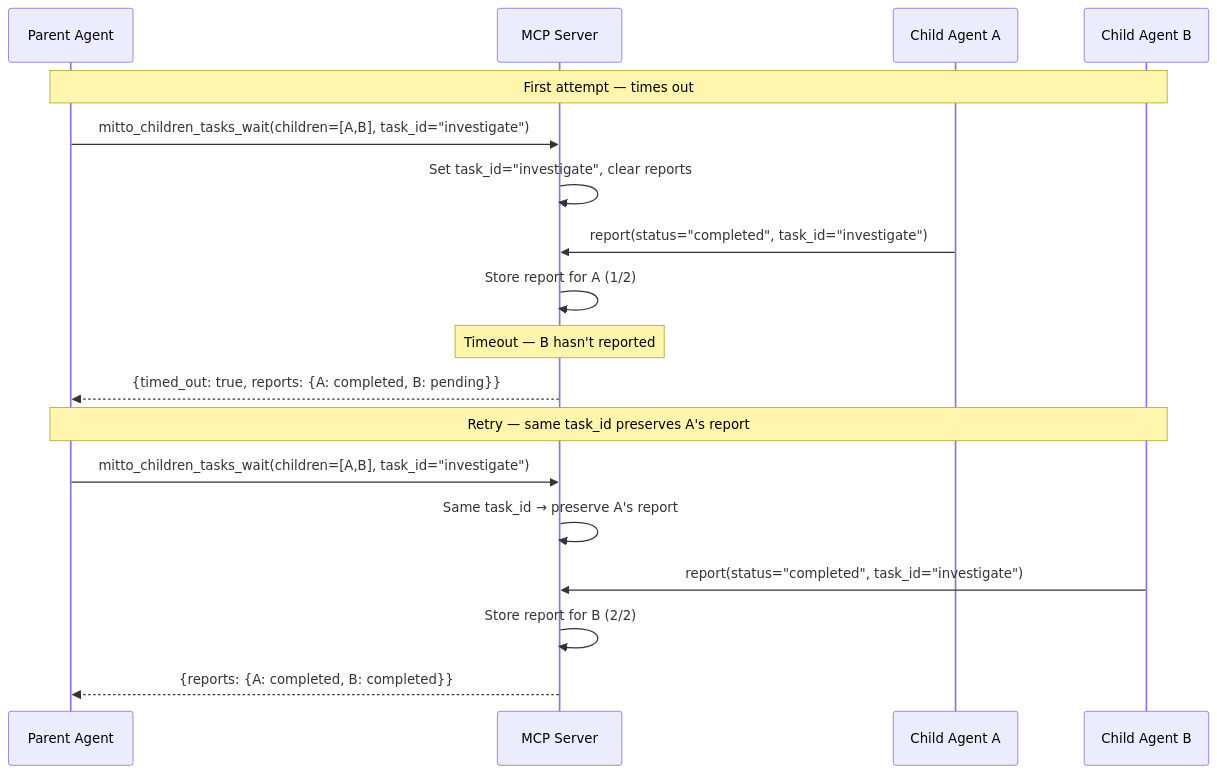
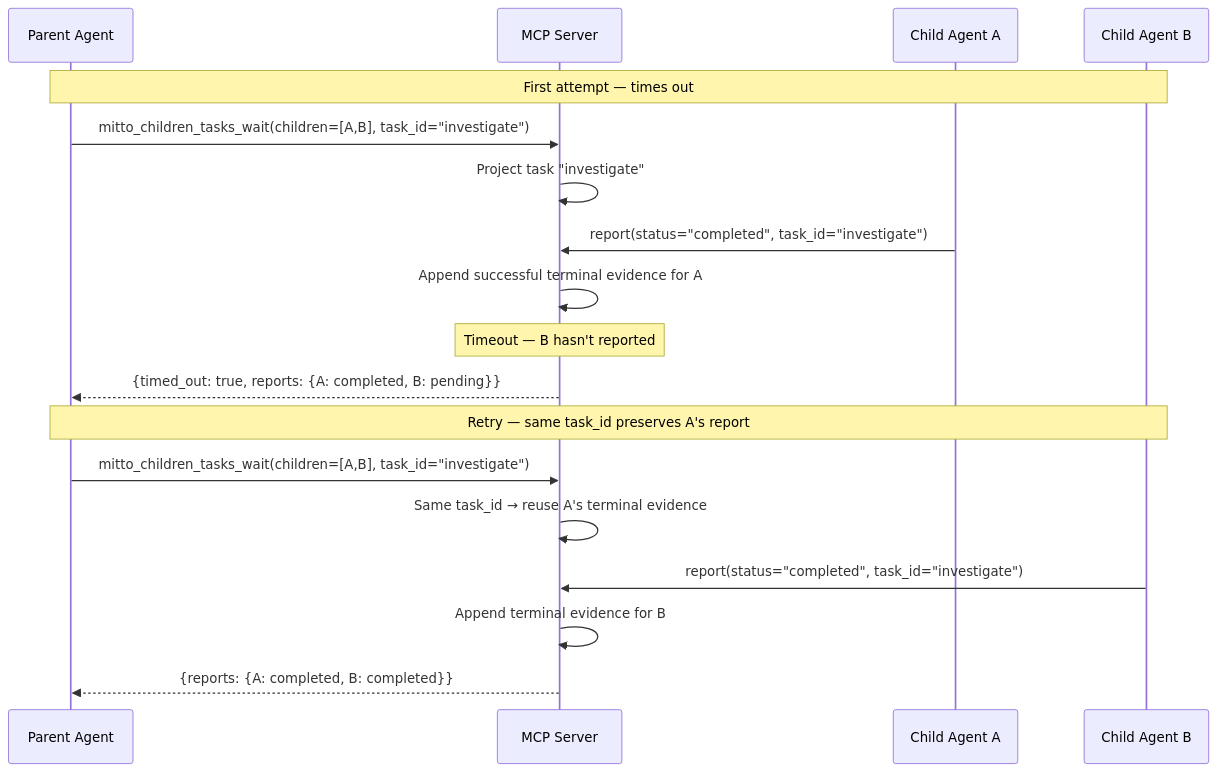
One commit to inercia/mitto changed the fourth of 6 diagrams in docs/devel/mcp.md. Above: the diagram before and after it, drawn with Mermaid. The commit also changed other lines of this file and 5 other files, not shown here.

Commit message:
docs(mcp): clarify child task outcomes

````diff
--- a/docs/devel/mcp.md
+++ b/docs/devel/mcp.md
@@ -1161,22 +1182,22 @@
 ```mermaid
 sequenceDiagram
     participant Parent as Parent Agent
     participant MCP as MCP Server
     participant Child1 as Child Agent A
     participant Child2 as Child Agent B
 
     Note over Parent,Child2: First attempt — times out
     Parent->>MCP: mitto_children_tasks_wait(children=[A,B], task_id="investigate")
-    MCP->>MCP: Set task_id="investigate", clear reports
+    MCP->>MCP: Project task "investigate"
     Child1->>MCP: report(status="completed", task_id="investigate")
-    MCP->>MCP: Store report for A (1/2)
+    MCP->>MCP: Append successful terminal evidence for A
     Note over MCP: Timeout — B hasn't reported
     MCP-->>Parent: {timed_out: true, reports: {A: completed, B: pending}}
 
     Note over Parent,Child2: Retry — same task_id preserves A's report
     Parent->>MCP: mitto_children_tasks_wait(children=[A,B], task_id="investigate")
-    MCP->>MCP: Same task_id → preserve A's report
+    MCP->>MCP: Same task_id → reuse A's terminal evidence
     Child2->>MCP: report(status="completed", task_id="investigate")
-    MCP->>MCP: Store report for B (2/2)
+    MCP->>MCP: Append terminal evidence for B
     MCP-->>Parent: {reports: {A: completed, B: completed}}
 ```
````
